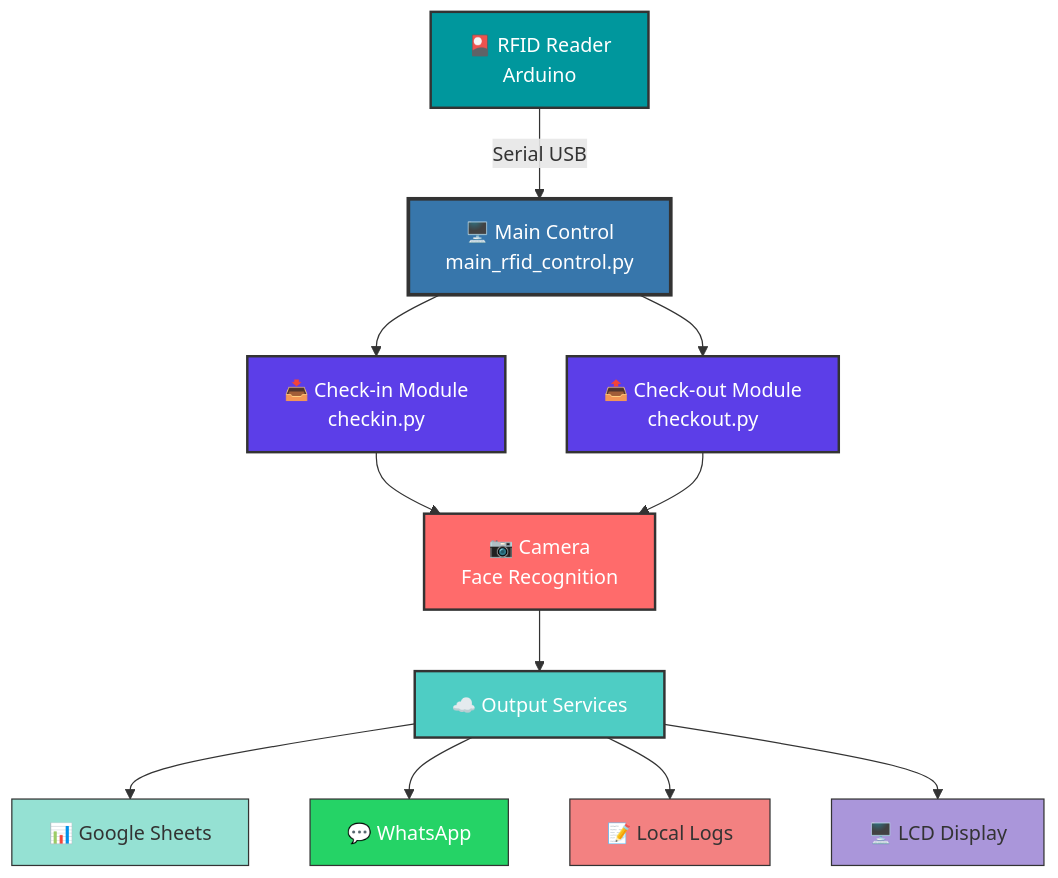
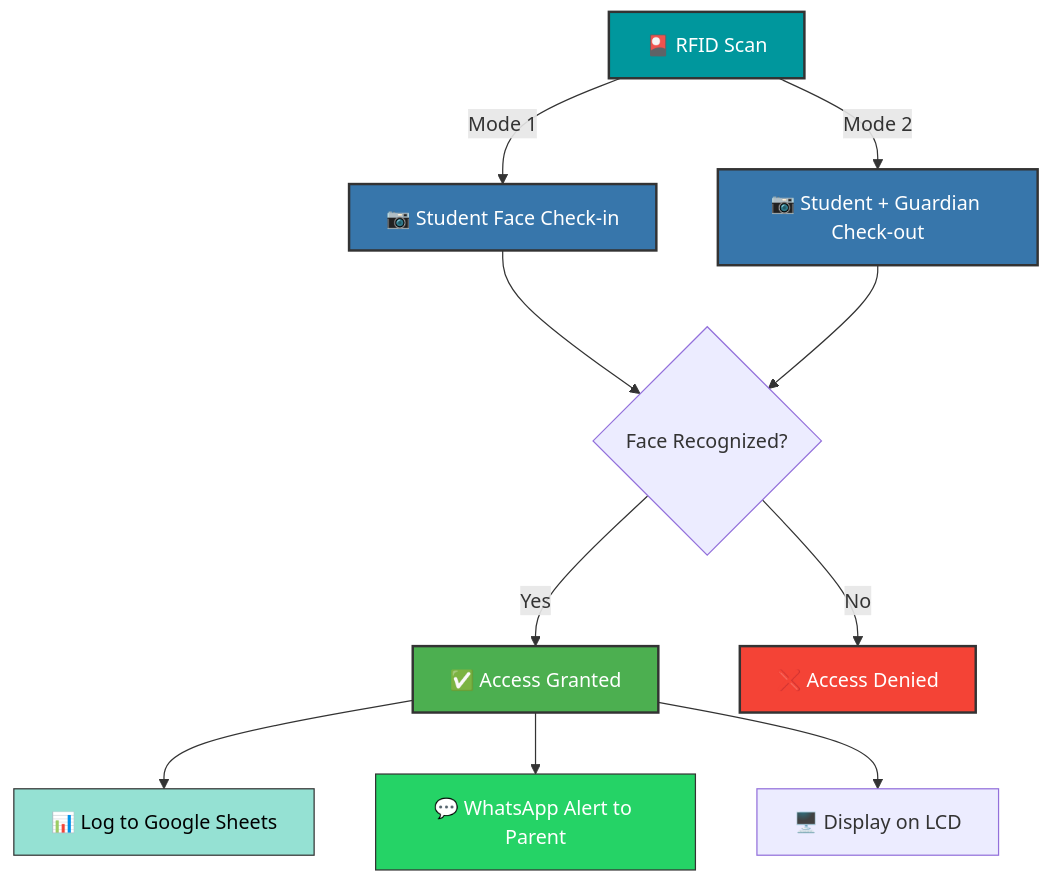
Before and after one commit to RoySaudamini/AI-Based-Child-Safety-System: the diagram in README.md, drawn with Mermaid. The commit also changed other lines of this file, not shown here.

````diff
--- a/README.md
+++ b/README.md
@@ -113,24 +21,22 @@
 ```mermaid
-graph TB
-    A[🎴 RFID Reader<br/>Arduino] -->|Serial USB| B[🖥️ Main Control<br/>main_rfid_control.py]
-    B --> C[📥 Check-in Module<br/>checkin.py]
-    B --> D[📤 Check-out Module<br/>checkout.py]
-    C --> E[📷 Camera<br/>Face Recognition]
-    D --> E
-    E --> F[☁️ Output Services]
-    F --> G[📊 Google Sheets]
-    F --> H[💬 WhatsApp]
-    F --> I[📝 Local Logs]
-    F --> J[🖥️ LCD Display]
+graph TD
+    A[🎴 RFID Scan] -->|Mode 1| B[📷 Student Face Check-in]
+    A -->|Mode 2| C[📷 Student + Guardian Check-out]
+    
+    B & C --> D{Face Recognized?}
+    
+    D -->|Yes| E[✅ Access Granted]
+    D -->|No| F[❌ Access Denied]
+    
+    E --> G[📊 Log to Google Sheets]
+    E --> H[💬 WhatsApp Alert to Parent]
+    E --> I[🖥️ Display on LCD]
     
     style A fill:#00979D,stroke:#333,stroke-width:2px,color:#fff
-    style B fill:#3776AB,stroke:#333,stroke-width:3px,color:#fff
-    style C fill:#5C3EE8,stroke:#333,stroke-width:2px,color:#fff
-    style D fill:#5C3EE8,stroke:#333,stroke-width:2px,color:#fff
-    style E fill:#FF6B6B,stroke:#333,stroke-width:2px,color:#fff
-    style F fill:#4ECDC4,stroke:#333,stroke-width:2px,color:#fff
-    style G fill:#95E1D3,stroke:#333,stroke-width:1px
+    style B fill:#3776AB,stroke:#333,stroke-width:2px,color:#fff
+    style C fill:#3776AB,stroke:#333,stroke-width:2px,color:#fff
+    style E fill:#4CAF50,stroke:#333,stroke-width:2px,color:#fff
+    style F fill:#F44336,stroke:#333,stroke-width:2px,color:#fff
+    style G fill:#95E1D3,stroke:#333,stroke-width:1px,color:#000
     style H fill:#25D366,stroke:#333,stroke-width:1px,color:#fff
-    style I fill:#F38181,stroke:#333,stroke-width:1px
-    style J fill:#AA96DA,stroke:#333,stroke-width:1px
 ```
````
